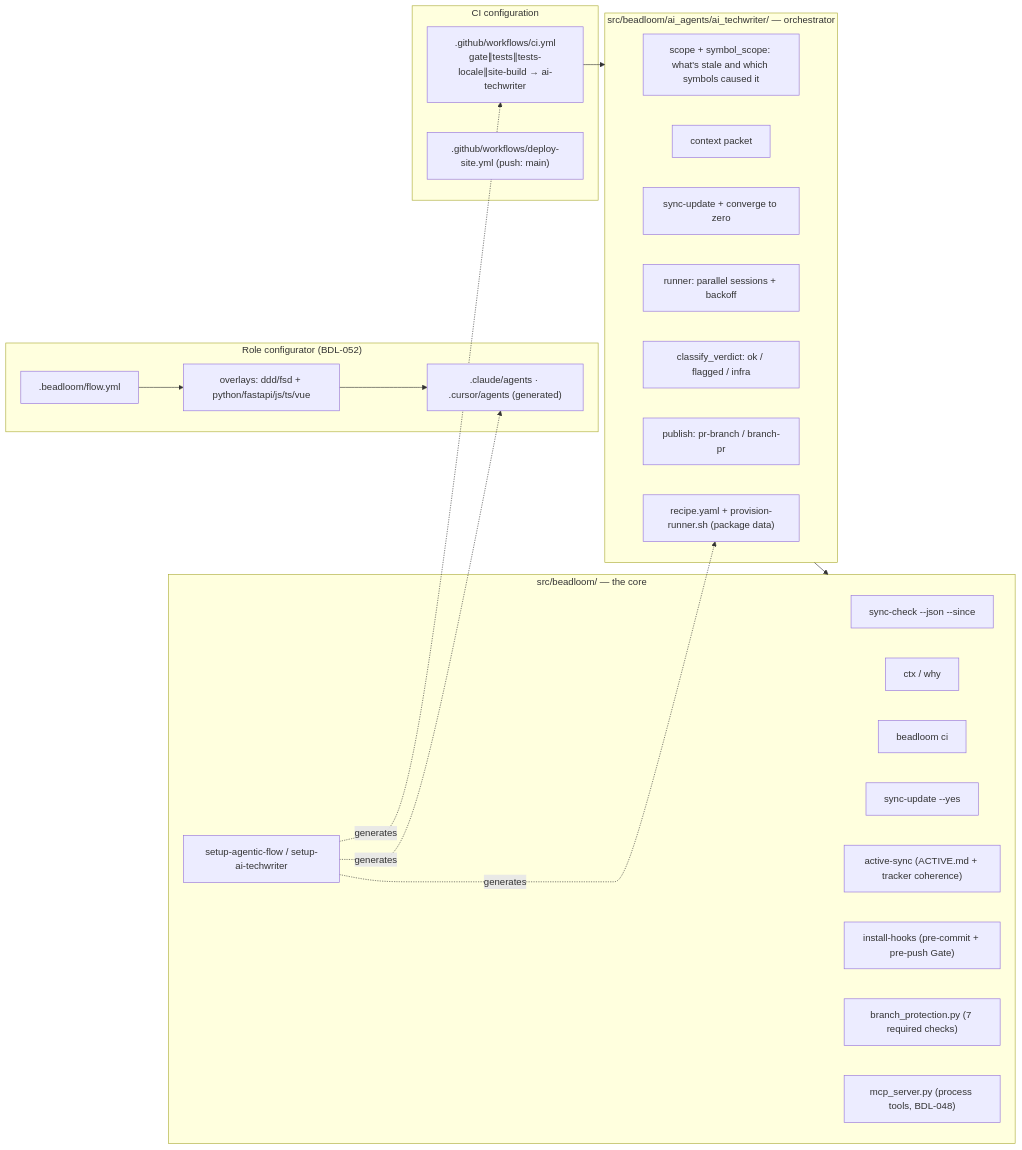
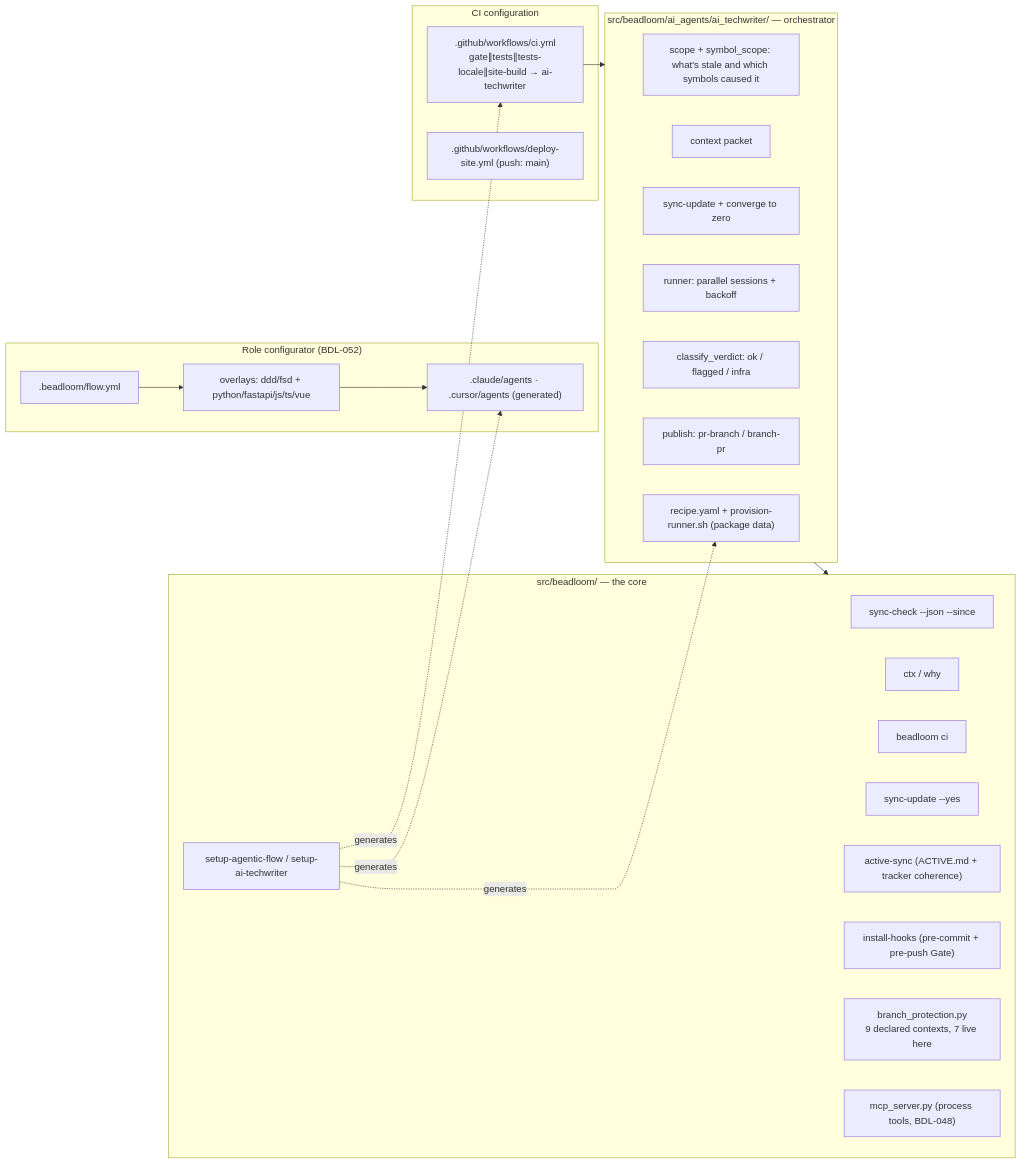
One commit to zoologov/beadloom changed the fourth of 10 diagrams in docs/guides/multi-agent-development.md. Above: the diagram before and after it, drawn with Mermaid. The commit also changed other lines of this file and 141 other files, not shown here.

First line of the commit message:
[BDL-062] Graph metadata is an unchecked surface (#44)

````diff
--- a/docs/guides/multi-agent-development.md
+++ b/docs/guides/multi-agent-development.md
@@ -242,42 +258,42 @@
 ```mermaid
 flowchart LR
   subgraph CORE["src/beadloom/ — the core"]
     SYNC["sync-check --json --since"]
     CTX["ctx / why"]
     CI_GATE["beadloom ci"]
     MARK["sync-update --yes"]
     ACTIVE["active-sync (ACTIVE.md + tracker coherence)"]
     SETUP["setup-agentic-flow / setup-ai-techwriter"]
     HOOKS["install-hooks (pre-commit + pre-push Gate)"]
-    BP["branch_protection.py (7 required checks)"]
+    BP["branch_protection.py<br/>9 declared contexts, 7 live here"]
     MCP["mcp_server.py (process tools, BDL-048)"]
   end
 
   subgraph AIAGENTS["src/beadloom/ai_agents/ai_techwriter/ — orchestrator"]
     H_SCOPE["scope + symbol_scope: what's stale and which symbols caused it"]
     H_PKT["context packet"]
     H_LOOP["sync-update + converge to zero"]
     H_RUN["runner: parallel sessions + backoff"]
     H_VERDICT["classify_verdict: ok / flagged / infra"]
     H_PUB["publish: pr-branch / branch-pr"]
     H_RECIPE["recipe.yaml + provision-runner.sh (package data)"]
   end
 
   subgraph FLOWCFG["Role configurator (BDL-052)"]
     FLOW[".beadloom/flow.yml"]
     OVERLAYS["overlays: ddd/fsd + python/fastapi/js/ts/vue"]
     ADAPT[".claude/agents · .cursor/agents (generated)"]
   end
 
   subgraph CI["CI configuration"]
     GH_YML[".github/workflows/ci.yml<br/>gate∥tests∥tests-locale∥site-build → ai-techwriter"]
     GH_DEPLOY[".github/workflows/deploy-site.yml (push: main)"]
   end
 
   GH_YML --> AIAGENTS
   AIAGENTS --> CORE
   FLOW --> OVERLAYS --> ADAPT
   SETUP -.->|generates| GH_YML
   SETUP -.->|generates| ADAPT
   SETUP -.->|generates| H_RECIPE
 ```
````
